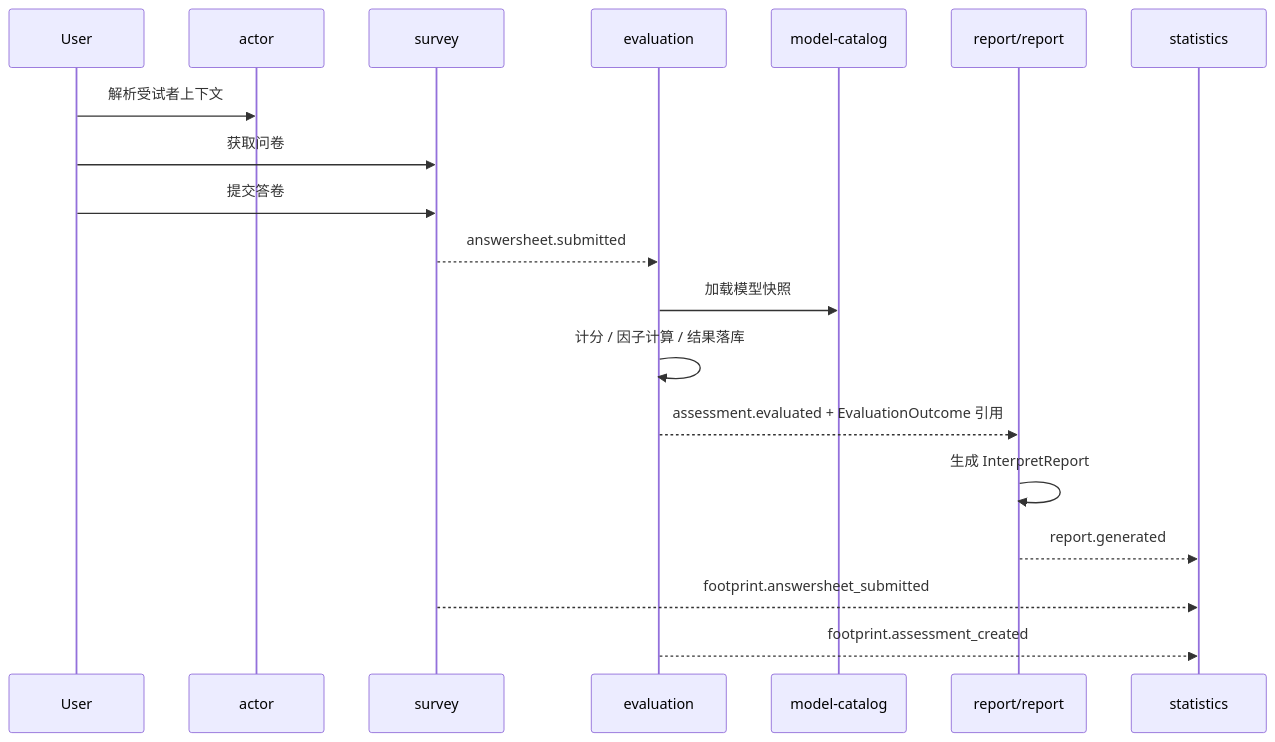
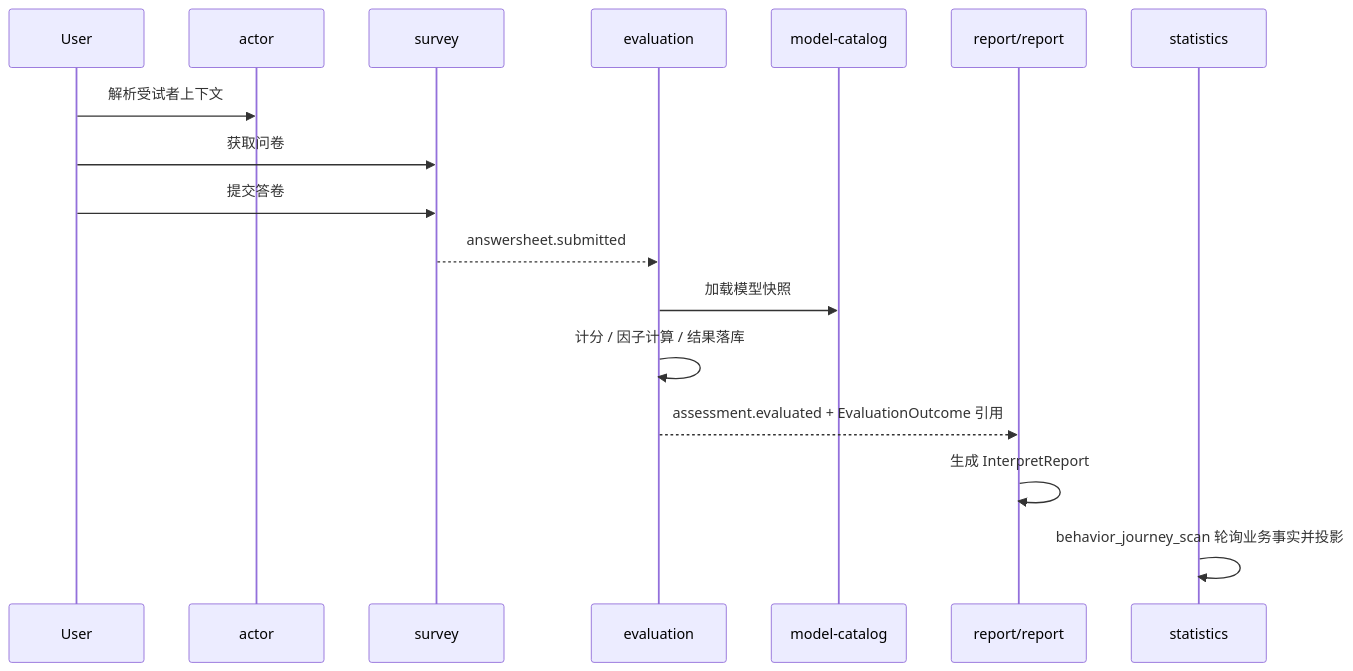
One commit to FangcunMount/qs-server changed the first of 3 diagrams in docs/02-业务模块/02-核心业务全链路.md. Above: the diagram before and after it, drawn with Mermaid. The commit also changed other lines of this file and 102 other files, not shown here.

````diff
--- a/docs/02-业务模块/02-核心业务全链路.md
+++ b/docs/02-业务模块/02-核心业务全链路.md
@@ -15,22 +15,20 @@
 ```mermaid
 sequenceDiagram
     participant U as User
     participant A as actor
     participant S as survey
     participant E as evaluation
     participant M as model-catalog
     participant I as report/report
     participant ST as statistics
 
     U->>A: 解析受试者上下文
     U->>S: 获取问卷
     U->>S: 提交答卷
     S-->>E: answersheet.submitted
     E->>M: 加载模型快照
     E->>E: 计分 / 因子计算 / 结果落库
     E-->>I: assessment.evaluated + EvaluationOutcome 引用
     I->>I: 生成 InterpretReport
-    I-->>ST: report.generated
-    S-->>ST: footprint.answersheet_submitted
-    E-->>ST: footprint.assessment_created
+    ST->>ST: behavior_journey_scan 轮询业务事实并投影
 ```
````
